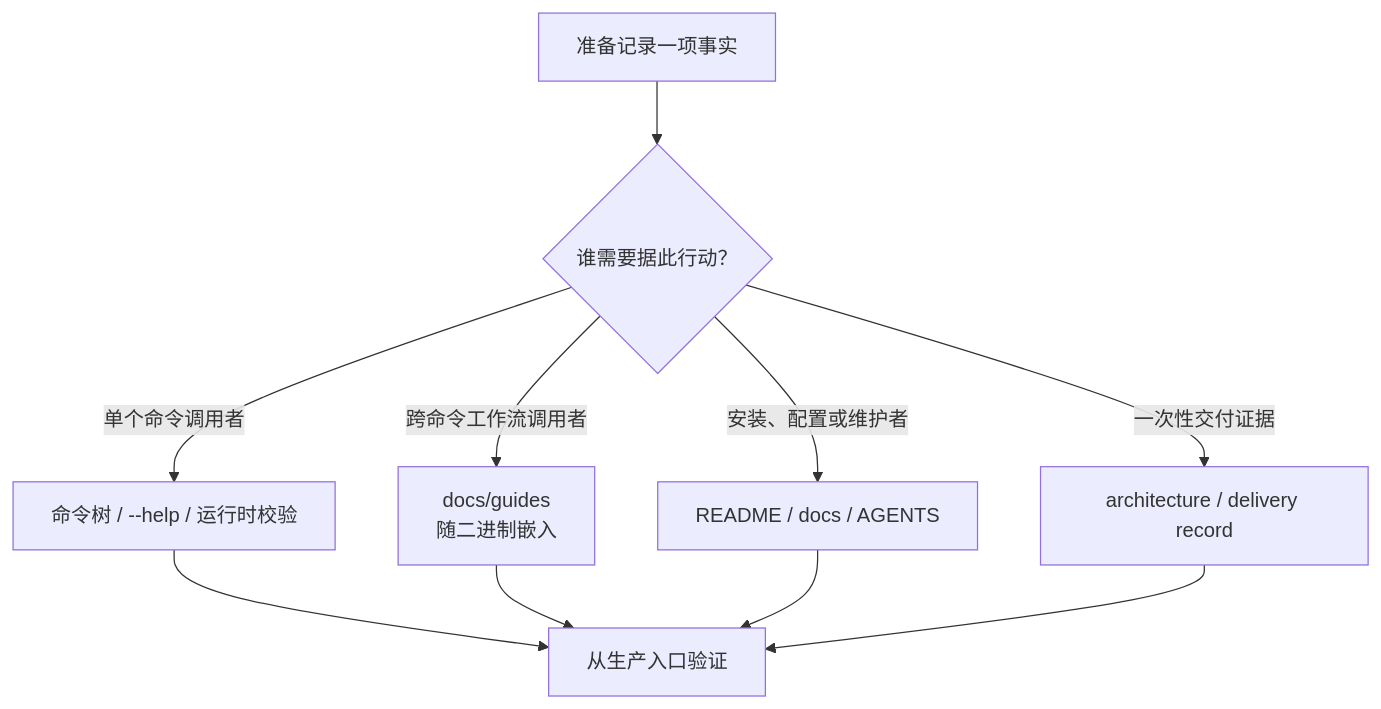
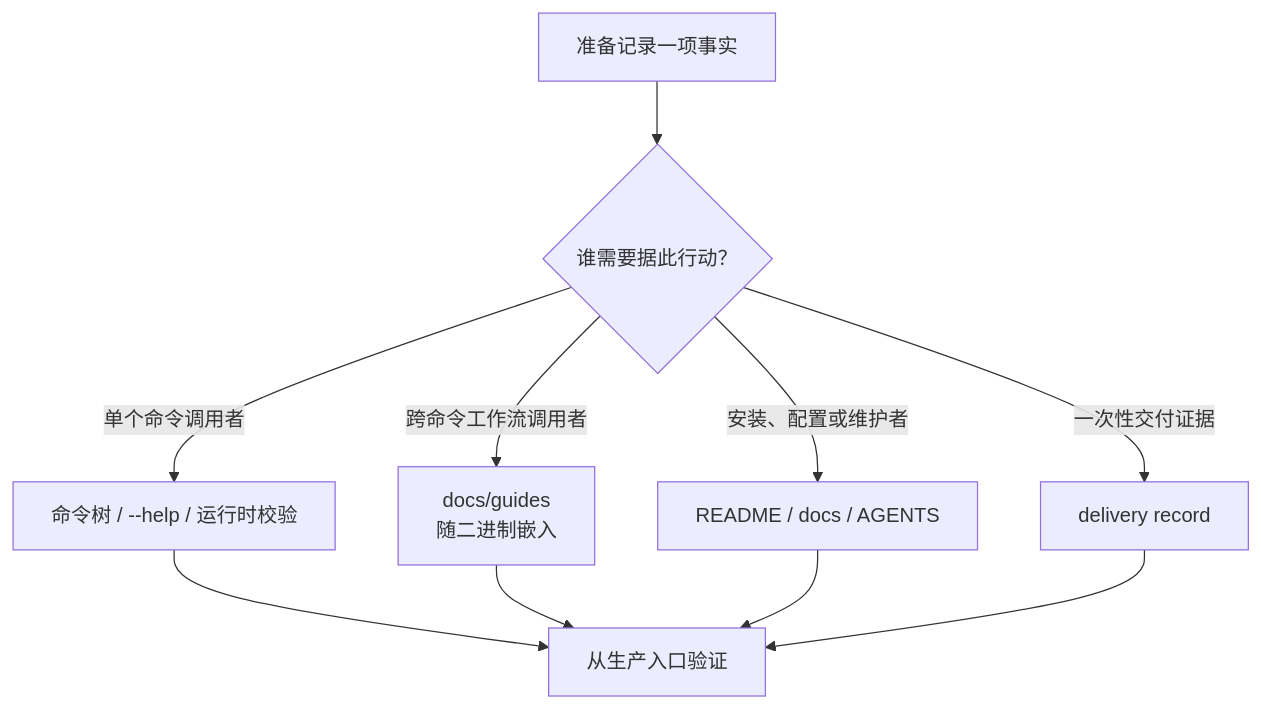
Before and after one commit to jihuanshe/linear: the diagram in AGENTS.md, drawn with Mermaid. The commit also changed other lines of this file and 187 other files, not shown here.

````diff
--- a/AGENTS.md
+++ b/AGENTS.md
@@ -25,12 +26,12 @@
 ```mermaid
 flowchart TD
   fact["准备记录一项事实"] --> owner{"谁需要据此行动？"}
   owner -->|单个命令调用者| command["命令树 / --help / 运行时校验"]
   owner -->|跨命令工作流调用者| guide["docs/guides<br/>随二进制嵌入"]
   owner -->|安装、配置或维护者| docs["README / docs / AGENTS"]
-  owner -->|一次性交付证据| history["architecture / delivery record"]
+  owner -->|一次性交付证据| history["delivery record"]
   command --> test["从生产入口验证"]
   guide --> test
   docs --> test
   history --> test
 ```
````
